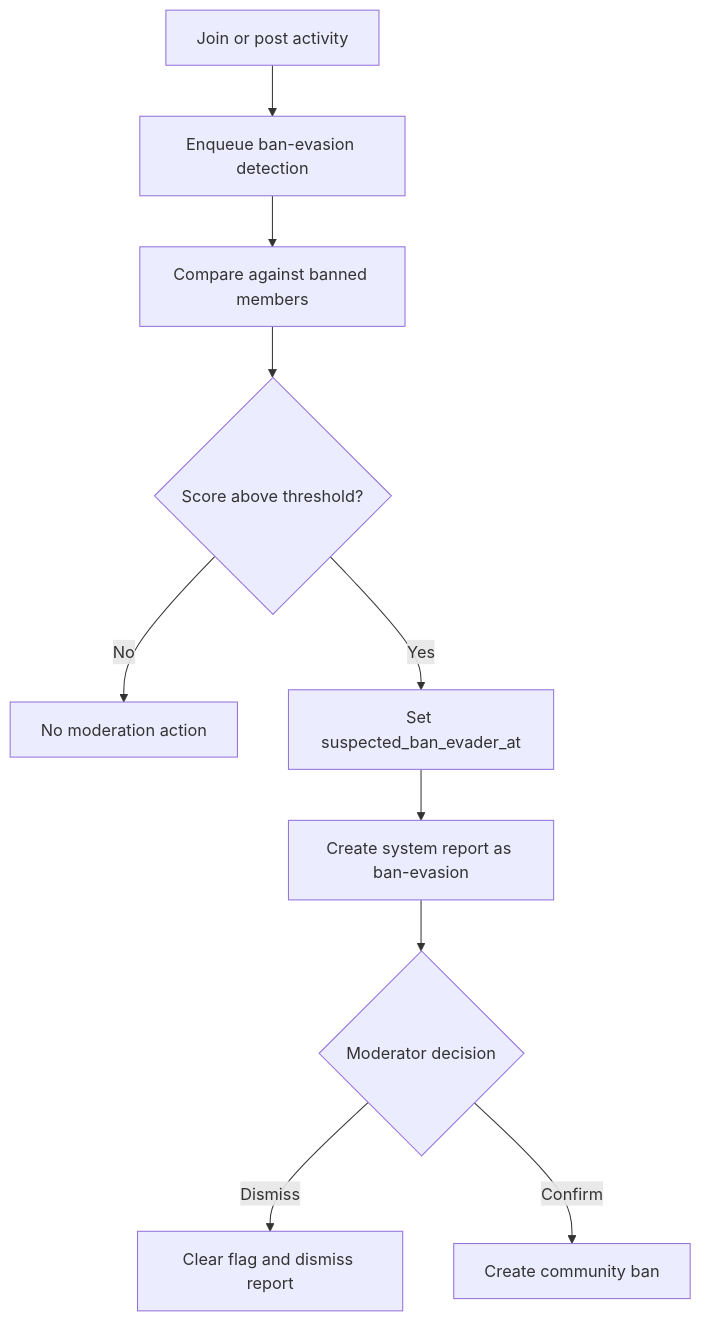
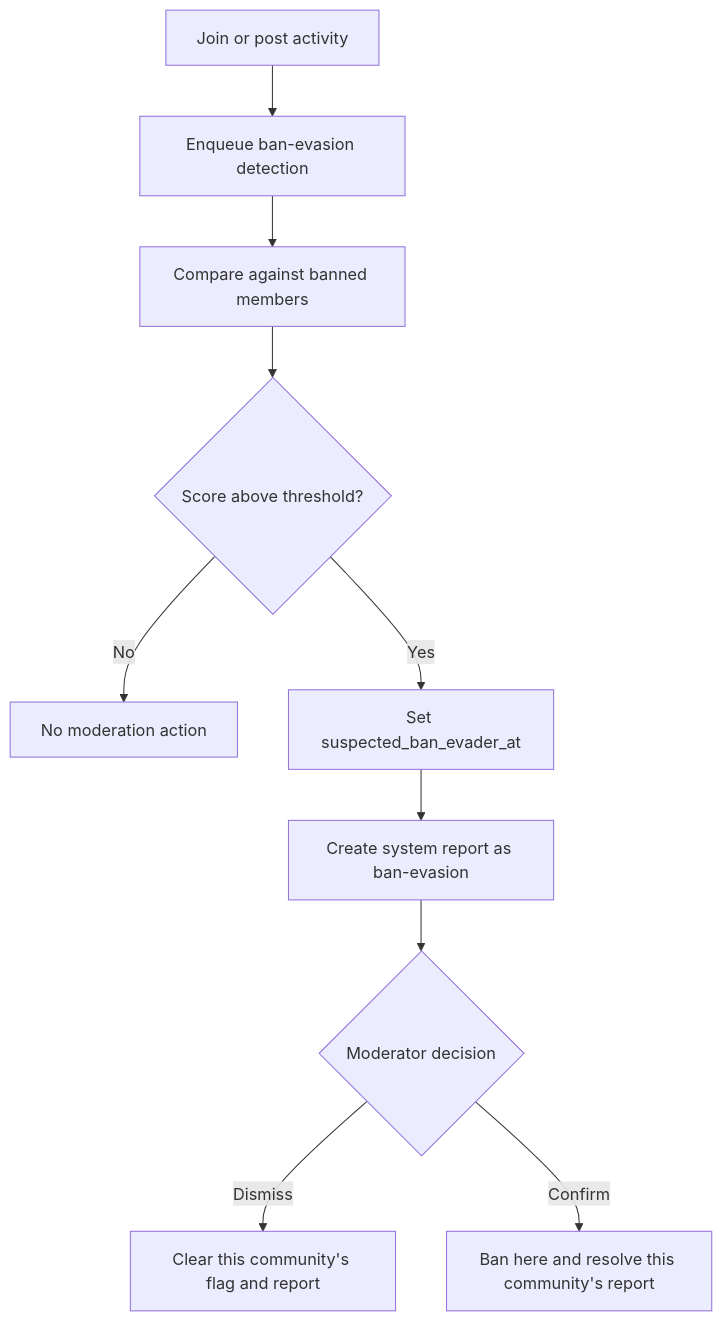
Before and after one commit to vouchington/vouchington: the diagram in docs/requirements/moderation/BAN-EVASION.md, drawn with Mermaid. The commit also changed other lines of this file and 8 other files, not shown here.

First line of the commit message:
fix(moderation): scope ban-evasion report resolution to one community

````diff
--- a/docs/requirements/moderation/BAN-EVASION.md
+++ b/docs/requirements/moderation/BAN-EVASION.md
@@ -18,12 +18,12 @@
 ```mermaid
 flowchart TD
   activity[Join or post activity] --> enqueue[Enqueue ban-evasion detection]
   enqueue --> compare[Compare against banned members]
   compare --> below{Score above threshold?}
   below -- No --> clear[No moderation action]
   below -- Yes --> flag[Set suspected_ban_evader_at]
   flag --> report[Create system report as ban-evasion]
   report --> moderator{Moderator decision}
-  moderator -- Dismiss --> dismiss[Clear flag and dismiss report]
-  moderator -- Confirm --> ban[Create community ban]
+  moderator -- Dismiss --> dismiss[Clear this community's flag and report]
+  moderator -- Confirm --> ban[Ban here and resolve this community's report]
 ```
````
